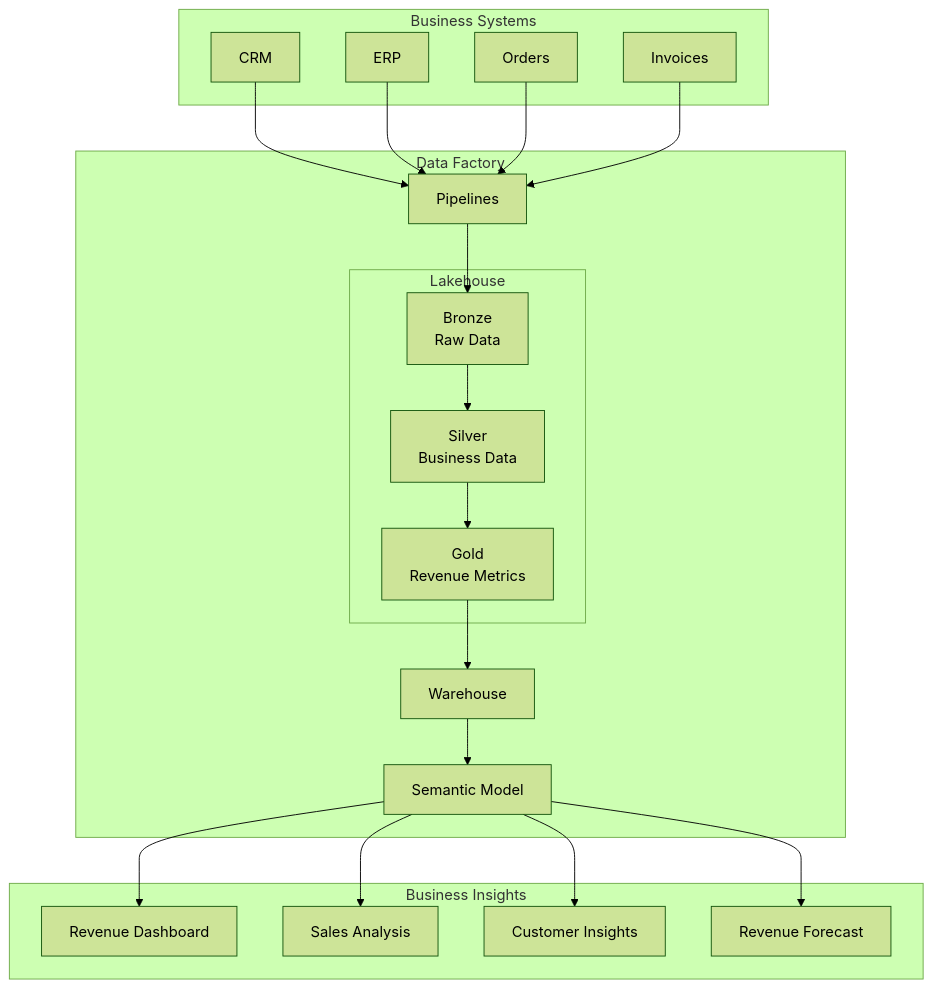
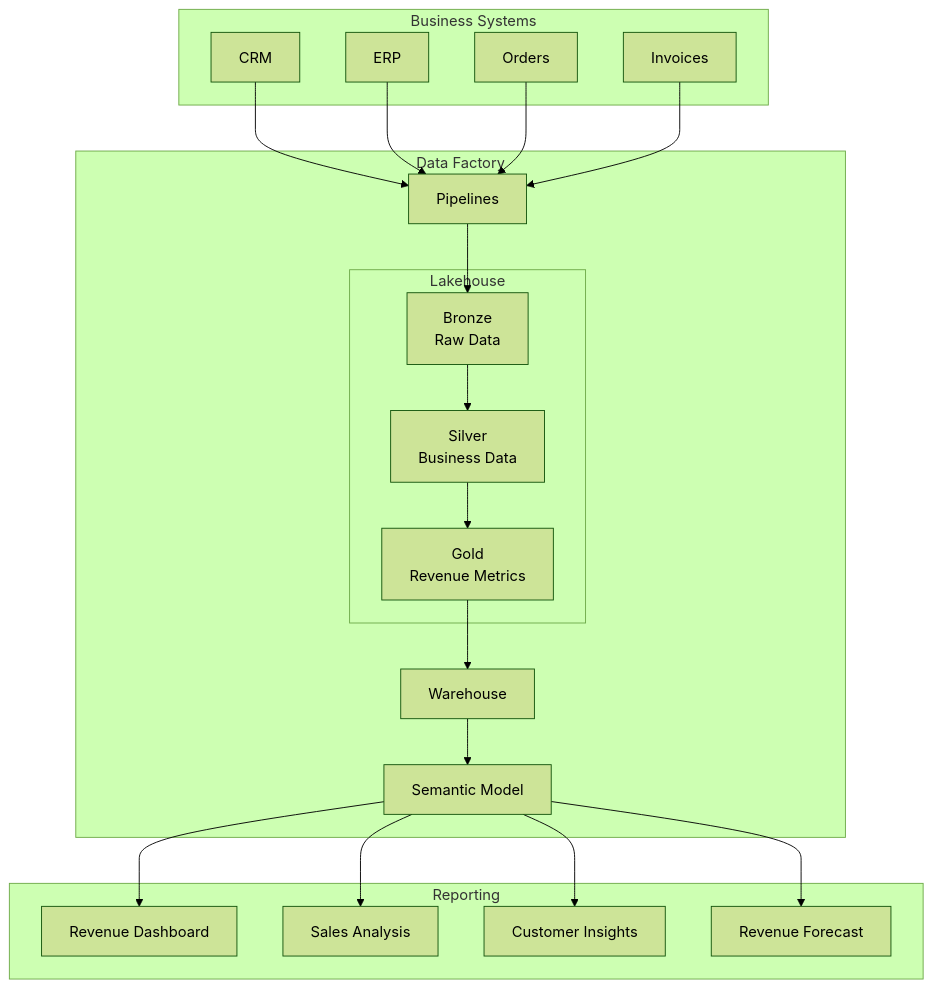
Before and after one commit to Solveright/Revenue-Visibility: the diagram in README.md, drawn with Mermaid (forest theme).

````diff
--- a/README.md
+++ b/README.md
@@ -16,47 +16,47 @@
 ```mermaid
 flowchart TB
 
     subgraph Sources["Business Systems"]
         CRM["CRM"]
         ERP["ERP"]
         Orders["Orders"]
         Invoices["Invoices"]
     end
 
     subgraph Data Factory
         DF["Pipelines"]
 
         subgraph Lakehouse["Lakehouse"]
             Bronze["Bronze<br/>Raw Data"]
             Silver["Silver<br/>Business Data"]
             Gold["Gold<br/>Revenue Metrics"]
         end
 
         WH["Warehouse"]
         SM["Semantic Model"]
     end
 
-    subgraph Business Insights["Business Insights"]
+    subgraph Reporting["Reporting"]
         Revenue["Revenue Dashboard"]
         Sales["Sales Analysis"]
         Customer["Customer Insights"]
         Forecast["Revenue Forecast"]
     end
 
     CRM --> DF
     ERP --> DF
     Orders --> DF
     Invoices --> DF
 
     DF --> Bronze
     Bronze --> Silver
     Silver --> Gold
 
     Gold --> WH
     WH --> SM
 
     SM --> Revenue
     SM --> Sales
     SM --> Customer
     SM --> Forecast
 ```
````
